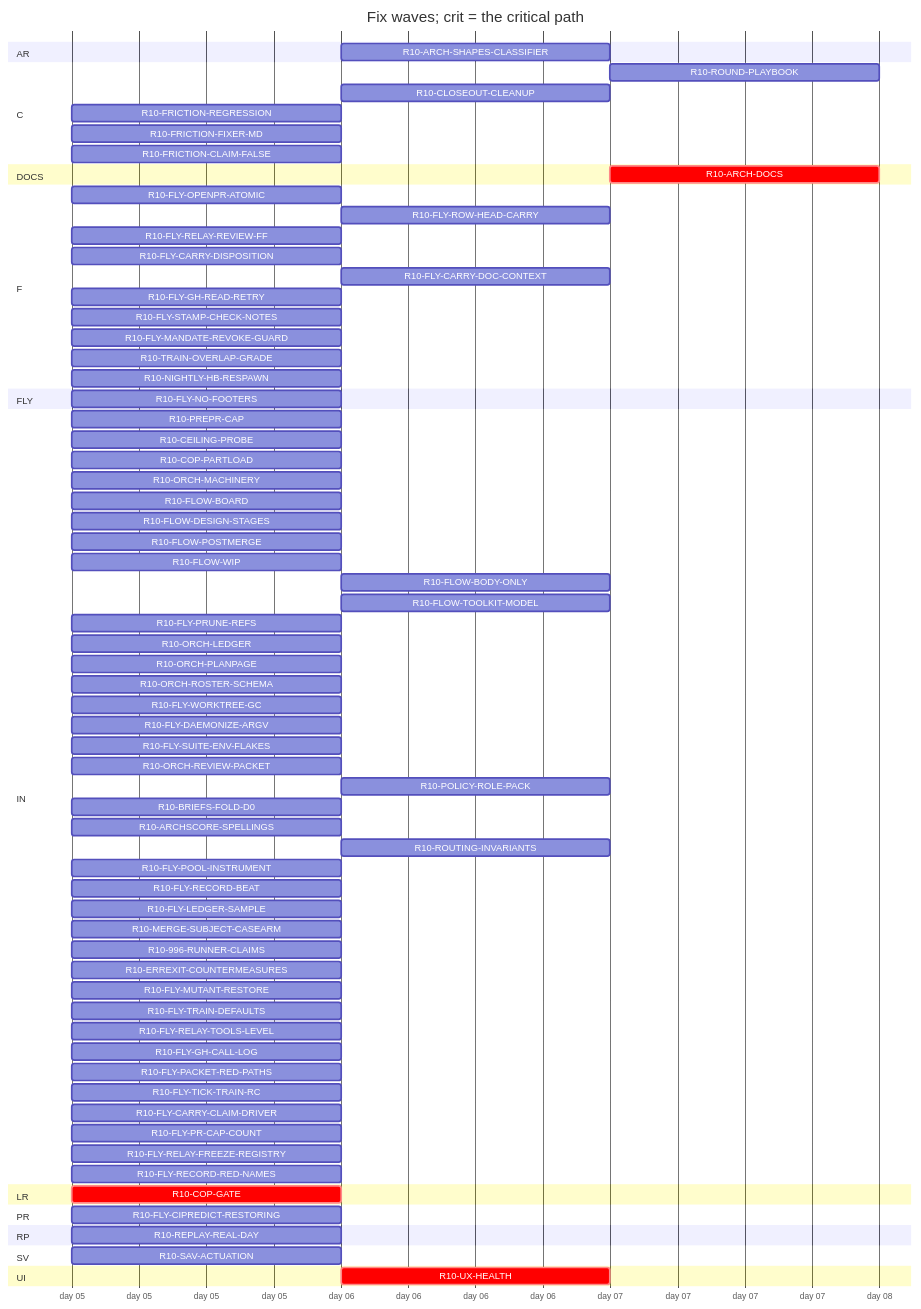
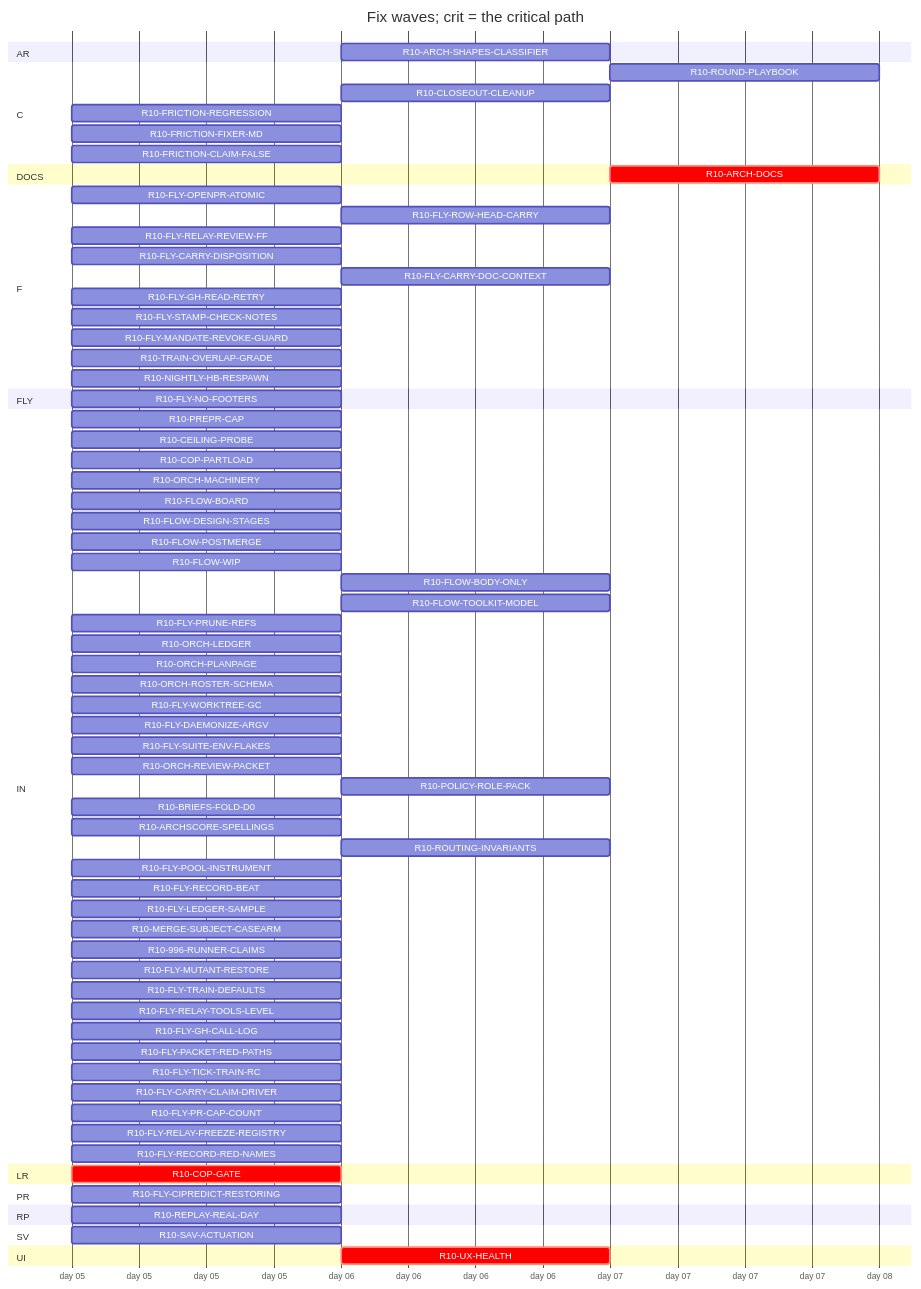
One commit to tvofi/heatpump_optimizer changed the diagram in handoff/round10/state/PLAN-TABLE.md. Above: the diagram before and after it, drawn with Mermaid. The commit also changed other lines of this file and 3 other files, not shown here.

Commit message:
state: FLOW-BOARD.md, NEXT-SESSION-PROMPT.md, PLAN-TABLE.md, RESUME-CURRENT.md regenerated (state_docs.py)

````diff
--- a/handoff/round10/state/PLAN-TABLE.md
+++ b/handoff/round10/state/PLAN-TABLE.md
@@ -24,78 +24,77 @@
 ```mermaid
 gantt
   title Fix waves; crit = the critical path
   dateFormat YYYY-MM-DD
   axisFormat day %d
   section AR
     R10-ARCH-SHAPES-CLASSIFIER :r10ARCHSHAPESCLASSIFIER, after r10996RUNNERCLAIMS, 1d
   section C
     R10-ROUND-PLAYBOOK :r10ROUNDPLAYBOOK, after r10ORCHLEDGER r10ORCHPLANPAGE r10FLYRELAYREVIEWFF r10FLOWBODYONLY, 1d
     R10-CLOSEOUT-CLEANUP :r10CLOSEOUTCLEANUP, after r10FLYPRUNEREFS r10FLYWORKTREEGC, 1d
     R10-FRICTION-REGRESSION :r10FRICTIONREGRESSION, 2026-01-05, 1d
     R10-FRICTION-FIXER-MD :r10FRICTIONFIXERMD, 2026-01-05, 1d
     R10-FRICTION-CLAIM-FALSE :r10FRICTIONCLAIMFALSE, 2026-01-05, 1d
   section DOCS
     R10-ARCH-DOCS :crit, r10ARCHDOCS, after r10COPGATE r10UXHEALTH r10CEILINGPROBE r10COPPARTLOAD r10FLOWBOARD r10FLOWDESIGNSTAGES r10FLOWPOSTMERGE r10FLOWWIP r10FLOWBODYONLY r10FLYOPENPRATOMIC r10FLYROWHEADCARRY r10FLYRELAYREVIEWFF r10FLYCARRYDISPOSITION r10FLYCARRYDOCCONTEXT r10FLOWTOOLKITMODEL r10FLYSTAMPCHECKNOTES r10FLYMANDATEREVOKEGUARD r10TRAINOVERLAPGRADE r10NIGHTLYHBRESPAWN r10FLYPRUNEREFS r10ORCHLEDGER r10ORCHPLANPAGE r10ORCHROSTERSCHEMA r10FLYWORKTREEGC r10FLYDAEMONIZEARGV r10ORCHREVIEWPACKET r10POLICYROLEPACK r10BRIEFSFOLDD0 r10REPLAYREALDAY r10ARCHSCORESPELLINGS r10SAVACTUATION r10FLYLEDGERSAMPLE, 1d
   section F
     R10-FLY-OPENPR-ATOMIC :r10FLYOPENPRATOMIC, 2026-01-05, 1d
     R10-FLY-ROW-HEAD-CARRY :r10FLYROWHEADCARRY, after r10FLYOPENPRATOMIC, 1d
     R10-FLY-RELAY-REVIEW-FF :r10FLYRELAYREVIEWFF, 2026-01-05, 1d
     R10-FLY-CARRY-DISPOSITION :r10FLYCARRYDISPOSITION, 2026-01-05, 1d
     R10-FLY-CARRY-DOC-CONTEXT :r10FLYCARRYDOCCONTEXT, after r10FLYGHREADRETRY, 1d
     R10-FLY-GH-READ-RETRY :r10FLYGHREADRETRY, 2026-01-05, 1d
     R10-FLY-STAMP-CHECK-NOTES :r10FLYSTAMPCHECKNOTES, 2026-01-05, 1d
     R10-FLY-MANDATE-REVOKE-GUARD :r10FLYMANDATEREVOKEGUARD, 2026-01-05, 1d
     R10-TRAIN-OVERLAP-GRADE :r10TRAINOVERLAPGRADE, 2026-01-05, 1d
     R10-NIGHTLY-HB-RESPAWN :r10NIGHTLYHBRESPAWN, 2026-01-05, 1d
   section FLY
     R10-FLY-NO-FOOTERS :r10FLYNOFOOTERS, 2026-01-05, 1d
   section IN
     R10-PREPR-CAP :r10PREPRCAP, 2026-01-05, 1d
     R10-CEILING-PROBE :r10CEILINGPROBE, 2026-01-05, 1d
     R10-COP-PARTLOAD :r10COPPARTLOAD, 2026-01-05, 1d
     R10-ORCH-MACHINERY :r10ORCHMACHINERY, 2026-01-05, 1d
     R10-FLOW-BOARD :r10FLOWBOARD, 2026-01-05, 1d
     R10-FLOW-DESIGN-STAGES :r10FLOWDESIGNSTAGES, 2026-01-05, 1d
     R10-FLOW-POSTMERGE :r10FLOWPOSTMERGE, 2026-01-05, 1d
     R10-FLOW-WIP :r10FLOWWIP, 2026-01-05, 1d
     R10-FLOW-BODY-ONLY :r10FLOWBODYONLY, after r10FLYOPENPRATOMIC, 1d
     R10-FLOW-TOOLKIT-MODEL :r10FLOWTOOLKITMODEL, after r10ORCHPLANPAGE, 1d
     R10-FLY-PRUNE-REFS :r10FLYPRUNEREFS, 2026-01-05, 1d
     R10-ORCH-LEDGER :r10ORCHLEDGER, 2026-01-05, 1d
     R10-ORCH-PLANPAGE :r10ORCHPLANPAGE, 2026-01-05, 1d
     R10-ORCH-ROSTER-SCHEMA :r10ORCHROSTERSCHEMA, 2026-01-05, 1d
     R10-FLY-WORKTREE-GC :r10FLYWORKTREEGC, 2026-01-05, 1d
     R10-FLY-DAEMONIZE-ARGV :r10FLYDAEMONIZEARGV, 2026-01-05, 1d
     R10-FLY-SUITE-ENV-FLAKES :r10FLYSUITEENVFLAKES, 2026-01-05, 1d
     R10-ORCH-REVIEW-PACKET :r10ORCHREVIEWPACKET, 2026-01-05, 1d
     R10-POLICY-ROLE-PACK :r10POLICYROLEPACK, after r10FLOWDESIGNSTAGES, 1d
     R10-BRIEFS-FOLD-D0 :r10BRIEFSFOLDD0, 2026-01-05, 1d
     R10-ARCHSCORE-SPELLINGS :r10ARCHSCORESPELLINGS, 2026-01-05, 1d
     R10-ROUTING-INVARIANTS :r10ROUTINGINVARIANTS, after r10ORCHROSTERSCHEMA, 1d
     R10-FLY-POOL-INSTRUMENT :r10FLYPOOLINSTRUMENT, 2026-01-05, 1d
     R10-FLY-RECORD-BEAT :r10FLYRECORDBEAT, 2026-01-05, 1d
     R10-FLY-LEDGER-SAMPLE :r10FLYLEDGERSAMPLE, 2026-01-05, 1d
     R10-MERGE-SUBJECT-CASEARM :r10MERGESUBJECTCASEARM, 2026-01-05, 1d
     R10-996-RUNNER-CLAIMS :r10996RUNNERCLAIMS, 2026-01-05, 1d
-    R10-ERREXIT-COUNTERMEASURES :r10ERREXITCOUNTERMEASURES, 2026-01-05, 1d
     R10-FLY-MUTANT-RESTORE :r10FLYMUTANTRESTORE, 2026-01-05, 1d
     R10-FLY-TRAIN-DEFAULTS :r10FLYTRAINDEFAULTS, 2026-01-05, 1d
     R10-FLY-RELAY-TOOLS-LEVEL :r10FLYRELAYTOOLSLEVEL, 2026-01-05, 1d
     R10-FLY-GH-CALL-LOG :r10FLYGHCALLLOG, 2026-01-05, 1d
     R10-FLY-PACKET-RED-PATHS :r10FLYPACKETREDPATHS, 2026-01-05, 1d
     R10-FLY-TICK-TRAIN-RC :r10FLYTICKTRAINRC, 2026-01-05, 1d
     R10-FLY-CARRY-CLAIM-DRIVER :r10FLYCARRYCLAIMDRIVER, 2026-01-05, 1d
     R10-FLY-PR-CAP-COUNT :r10FLYPRCAPCOUNT, 2026-01-05, 1d
     R10-FLY-RELAY-FREEZE-REGISTRY :r10FLYRELAYFREEZEREGISTRY, 2026-01-05, 1d
     R10-FLY-RECORD-RED-NAMES :r10FLYRECORDREDNAMES, 2026-01-05, 1d
   section LR
     R10-COP-GATE :crit, r10COPGATE, 2026-01-05, 1d
   section PR
     R10-FLY-CIPREDICT-RESTORING :r10FLYCIPREDICTRESTORING, 2026-01-05, 1d
   section RP
     R10-REPLAY-REAL-DAY :r10REPLAYREALDAY, 2026-01-05, 1d
   section SV
     R10-SAV-ACTUATION :r10SAVACTUATION, 2026-01-05, 1d
   section UI
     R10-UX-HEALTH :crit, r10UXHEALTH, after r10COPGATE, 1d
 ```
````
